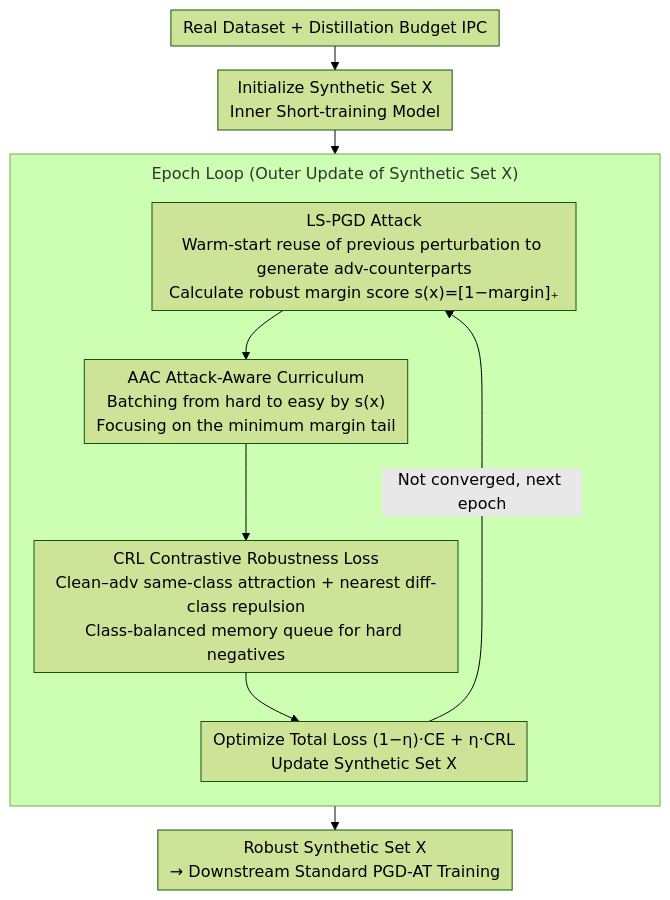
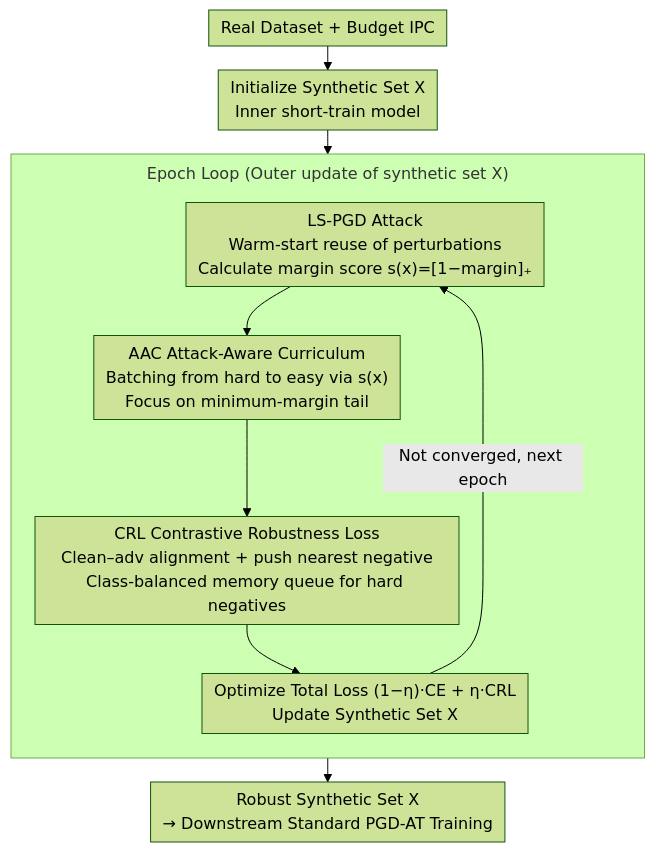
The diagram in docs/ICML2026/model_compression/mind_your_margin_and_boundary_are_your_distilled_datasets_truly_robust.md (zhaoyang97/Paper-Notes-en), drawn with Mermaid (forest theme) before and after one commit. The commit also changed other lines of this file and 5084 other files, not shown here.

````diff
--- a/docs/ICML2026/model_compression/mind_your_margin_and_boundary_are_your_distilled_datasets_truly_robust.md
+++ b/docs/ICML2026/model_compression/mind_your_margin_and_boundary_are_your_distilled_datasets_truly_robust.md
@@ -43,15 +43,15 @@
 ```mermaid
 %%{init: {'flowchart': {'rankSpacing': 24, 'nodeSpacing': 28, 'padding': 6, 'wrappingWidth': 400, 'subGraphTitleMargin': {'top': 8, 'bottom': 16}}}}%%
 flowchart TD
-    IN["Real Dataset + Distillation Budget IPC"] --> INIT["Initialize Synthetic Set X<br/>Inner Short-training Model"]
+    IN["Real Dataset + Budget IPC"] --> INIT["Initialize Synthetic Set X<br/>Inner short-train model"]
     INIT --> PGD
-    subgraph LOOP["Epoch Loop (Outer Update of Synthetic Set X)"]
+    subgraph LOOP["Epoch Loop (Outer update of synthetic set X)"]
         direction TB
-        PGD["LS-PGD Attack<br/>Warm-start reuse of previous perturbation to generate adv-counterparts<br/>Calculate robust margin score s(x)=[1−margin]₊"]
-        PGD --> AAC["AAC Attack-Aware Curriculum<br/>Batching from hard to easy by s(x)<br/>Focusing on the minimum margin tail"]
-        AAC --> CRL["CRL Contrastive Robustness Loss<br/>Clean–adv same-class attraction + nearest diff-class repulsion<br/>Class-balanced memory queue for hard negatives"]
+        PGD["LS-PGD Attack<br/>Warm-start reuse of perturbations<br/>Calculate margin score s(x)=[1−margin]₊"]
+        PGD --> AAC["AAC Attack-Aware Curriculum<br/>Batching from hard to easy via s(x)<br/>Focus on minimum-margin tail"]
+        AAC --> CRL["CRL Contrastive Robustness Loss<br/>Clean–adv alignment + push nearest negative<br/>Class-balanced memory queue for hard negatives"]
         CRL --> UPD["Optimize Total Loss (1−η)·CE + η·CRL<br/>Update Synthetic Set X"]
     end
     UPD -->|Not converged, next epoch| PGD
     UPD --> OUT["Robust Synthetic Set X<br/>→ Downstream Standard PGD-AT Training"]
 ```
````
